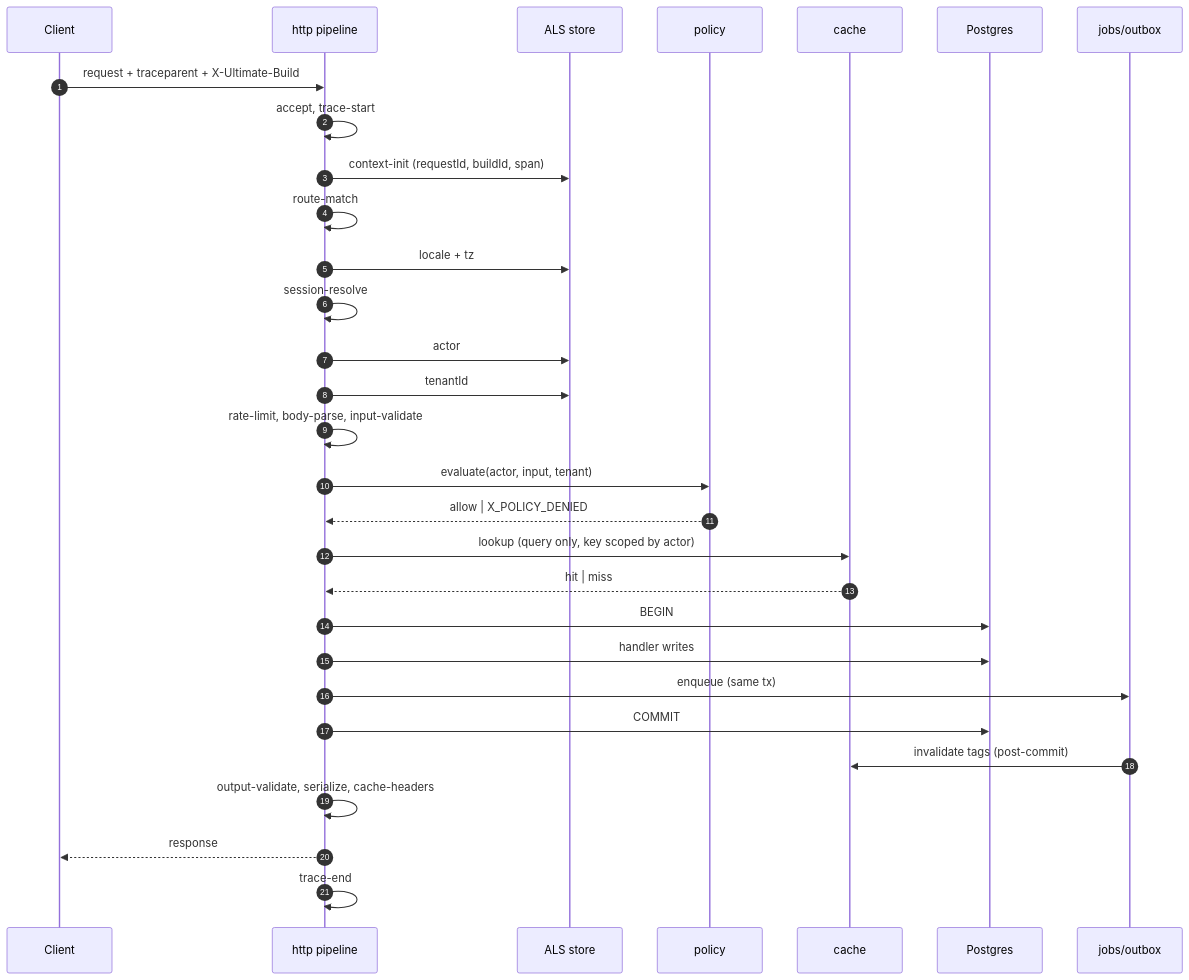
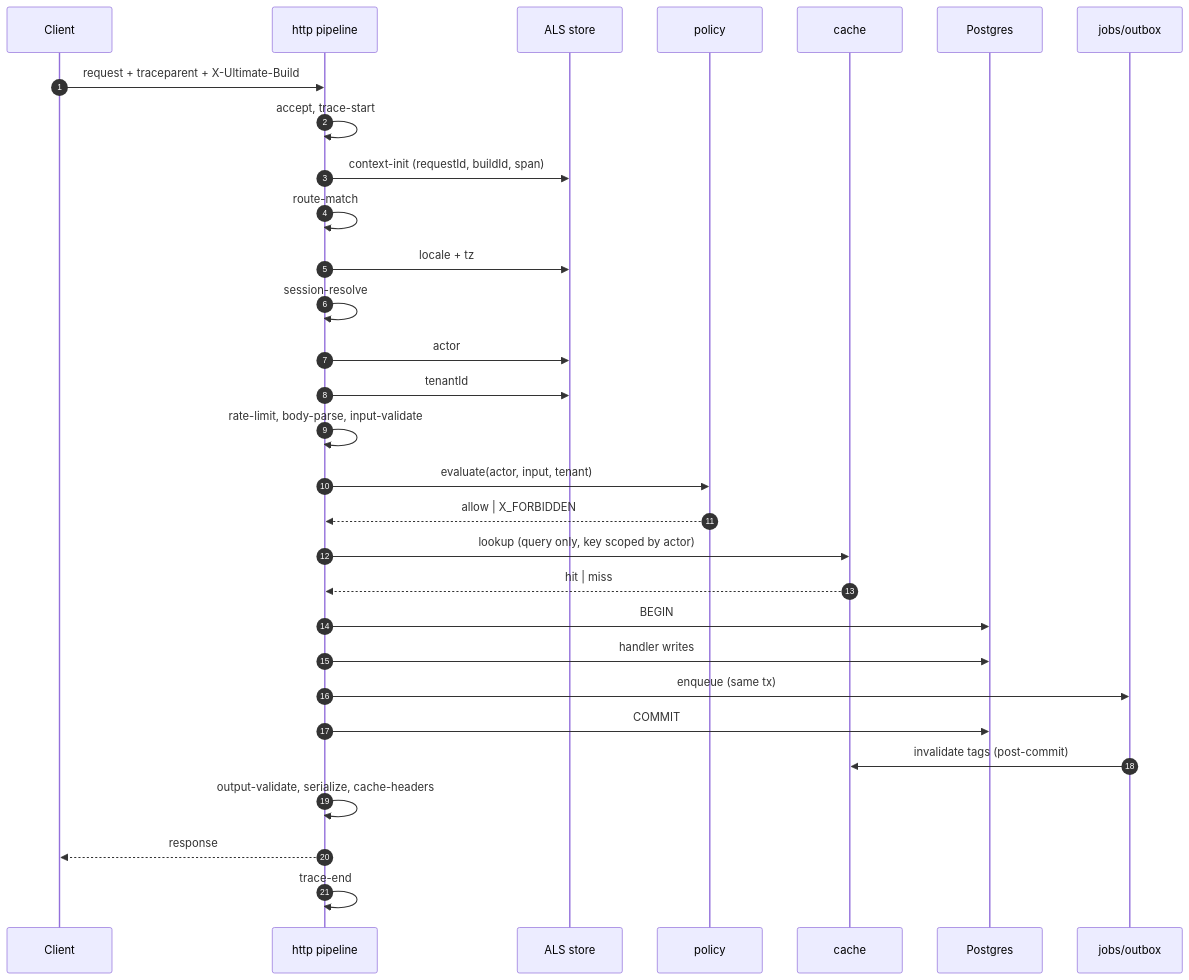
One commit to developerz-ai/ultimate changed the diagram in docs/architecture/03-request-lifecycle.md. Above: the diagram before and after it, drawn with Mermaid. The commit also changed other lines of this file and 91 other files, not shown here.

````diff
--- a/docs/architecture/03-request-lifecycle.md
+++ b/docs/architecture/03-request-lifecycle.md
@@ -34,33 +34,33 @@
 ```mermaid
 sequenceDiagram
   autonumber
   participant C as Client
   participant H as http pipeline
   participant A as ALS store
   participant P as policy
   participant K as cache
   participant D as Postgres
   participant J as jobs/outbox
 
   C->>H: request + traceparent + X-Ultimate-Build
   H->>H: accept, trace-start
   H->>A: context-init (requestId, buildId, span)
   H->>H: route-match
   H->>A: locale + tz
   H->>H: session-resolve
   H->>A: actor
   H->>A: tenantId
   H->>H: rate-limit, body-parse, input-validate
   H->>P: evaluate(actor, input, tenant)
-  P-->>H: allow | X_POLICY_DENIED
+  P-->>H: allow | X_FORBIDDEN
   H->>K: lookup (query only, key scoped by actor)
   K-->>H: hit | miss
   H->>D: BEGIN
   H->>D: handler writes
   H->>J: enqueue (same tx)
   H->>D: COMMIT
   J->>K: invalidate tags (post-commit)
   H->>H: output-validate, serialize, cache-headers
   H-->>C: response
   H->>H: trace-end
 ```
````
